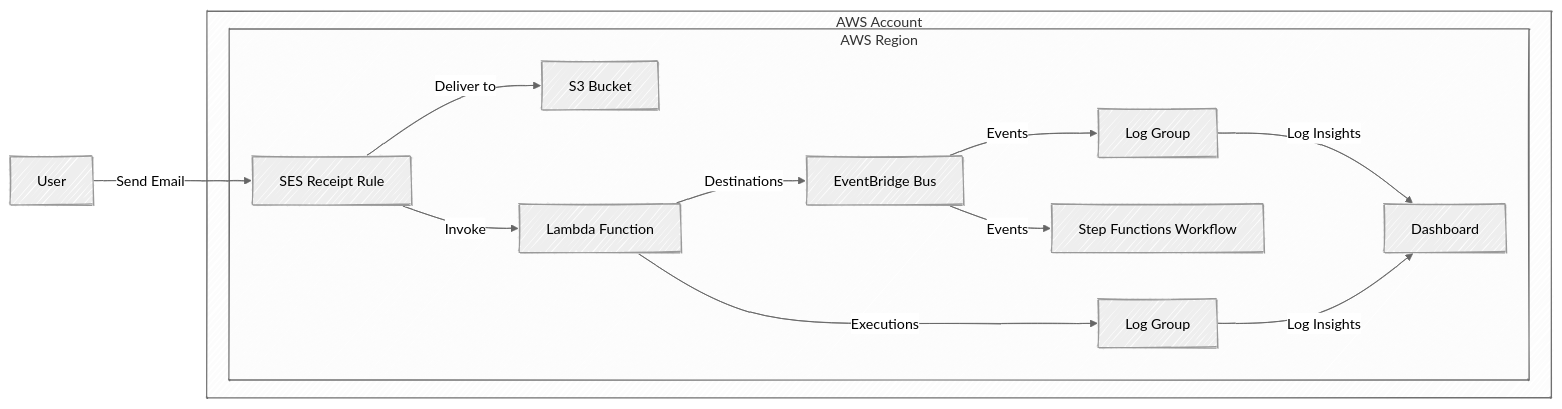
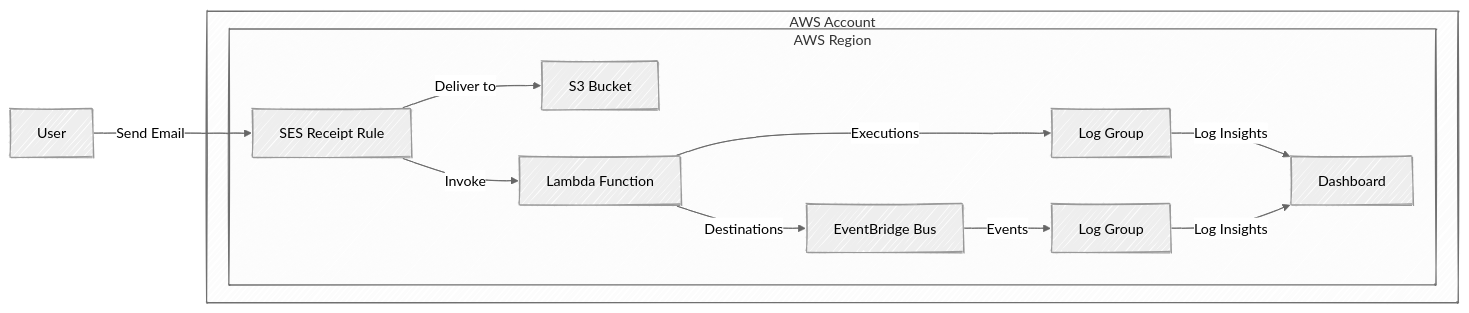
Before and after one commit to ServerlessNinja/aws-email-wrangler: the diagram in README.md, drawn with Mermaid. The commit also changed other lines of this file, not shown here.

````diff
--- a/README.md
+++ b/README.md
@@ -20,30 +20,28 @@
 ```mermaid
 ---
 config:
   theme: neutral
   layout: dagre
   look: handDrawn
 ---
 flowchart LR
  subgraph AWS["AWS Account"]
     subgraph AWSR["AWS Region"]
         SES["SES Receipt Rule"]
         S3["S3 Bucket"]
         Lambda["Lambda Function"]
         EventBus["EventBridge Bus"]
-        StepFunctions["Step Functions Workflow"]
         Logs1["Log Group"]
         Logs2["Log Group"]
         Dashboard["Dashboard"]
     end
   end
     User["User"] -- Send Email --> SES
     SES -- Deliver to --> S3
     SES -- Invoke --> Lambda
     Lambda -- Destinations --> EventBus
     Lambda -- Executions --> Logs1
     EventBus -- Events --> Logs2
-    EventBus -- Events --> StepFunctions
     Logs1 -- Log Insights --> Dashboard
     Logs2 -- Log Insights --> Dashboard
 ```
````
